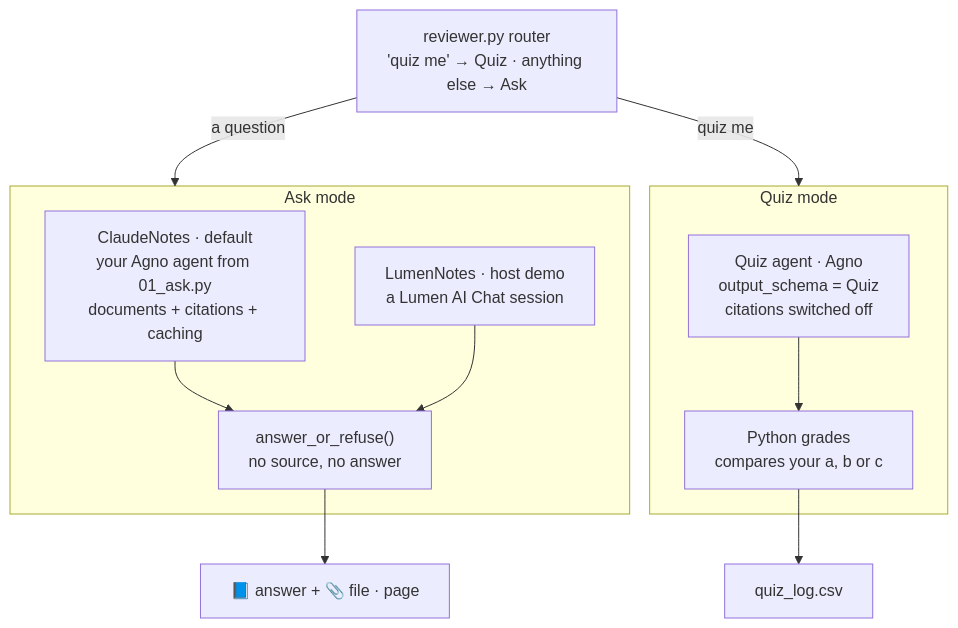
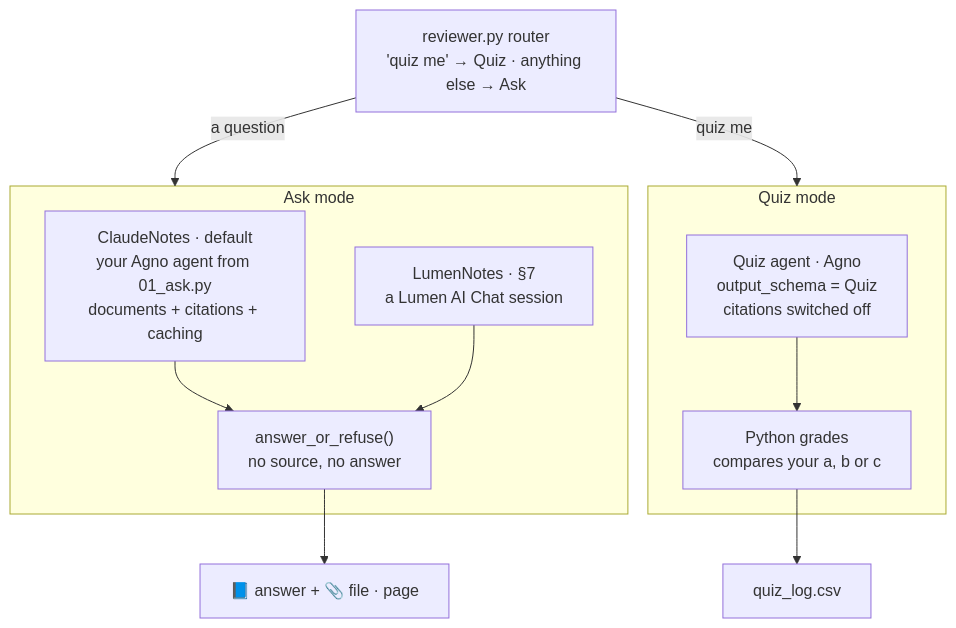
One commit to Agent-Builders-PH/Reviewer-Agent-Demo changed the diagram in MODULE.md. Above: the diagram before and after it, drawn with Mermaid. The commit also changed other lines of this file and 5 other files, not shown here.

Commit message:
Every attendee gets a Lumen AI Chat key: check.py lumen, --backend lumen, a Claude/Lumen switch in the app, MODULE section 7 hands-on

````diff
--- a/MODULE.md
+++ b/MODULE.md
@@ -82,19 +82,19 @@
 ```mermaid
 flowchart TB
     U["reviewer.py router<br/>'quiz me' → Quiz · anything else → Ask"] -- a question --> A
     U -- quiz me --> Q
     subgraph A [Ask mode]
       C["ClaudeNotes · default<br/>your Agno agent from 01_ask.py<br/>documents + citations + caching"]
-      L["LumenNotes · host demo<br/>a Lumen AI Chat session"]
+      L["LumenNotes · §7<br/>a Lumen AI Chat session"]
       G["answer_or_refuse()<br/>no source, no answer"]
       C --> G
       L --> G
     end
     subgraph Q [Quiz mode]
       QA["Quiz agent · Agno<br/>output_schema = Quiz<br/>citations switched off"]
       PY["Python grades<br/>compares your a, b or c"]
       QA --> PY
     end
     G --> OUT1["📘 answer + 📎 file · page"]
     PY --> OUT2[quiz_log.csv]
 ```
````
